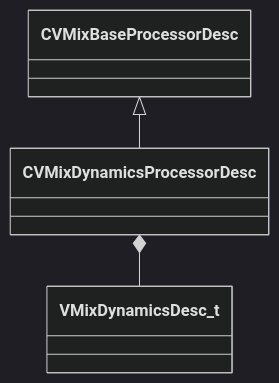
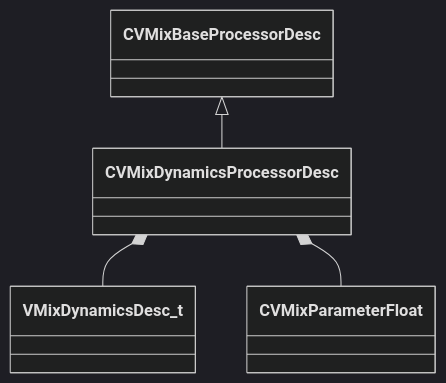
One commit to CS2OpenDev/CS2OpenDev-Docs changed the diagram in docs/generated/schemas/soundsystem_lowlevel/CVMixDynamicsProcessorDesc.md. Above: the diagram before and after it, drawn with Mermaid (dark theme). The commit also changed other lines of this file and 4654 other files, not shown here.

Commit message:
docs: regenerate for SchemaTracker build 25947352 [skip ci]

````diff
--- a/docs/generated/schemas/soundsystem_lowlevel/CVMixDynamicsProcessorDesc.md
+++ b/docs/generated/schemas/soundsystem_lowlevel/CVMixDynamicsProcessorDesc.md
@@ -19,5 +19,6 @@
 ```mermaid
 classDiagram
     CVMixBaseProcessorDesc <|-- CVMixDynamicsProcessorDesc
     CVMixDynamicsProcessorDesc *-- VMixDynamicsDesc_t
+    CVMixDynamicsProcessorDesc *-- CVMixParameterFloat
 ```
````
